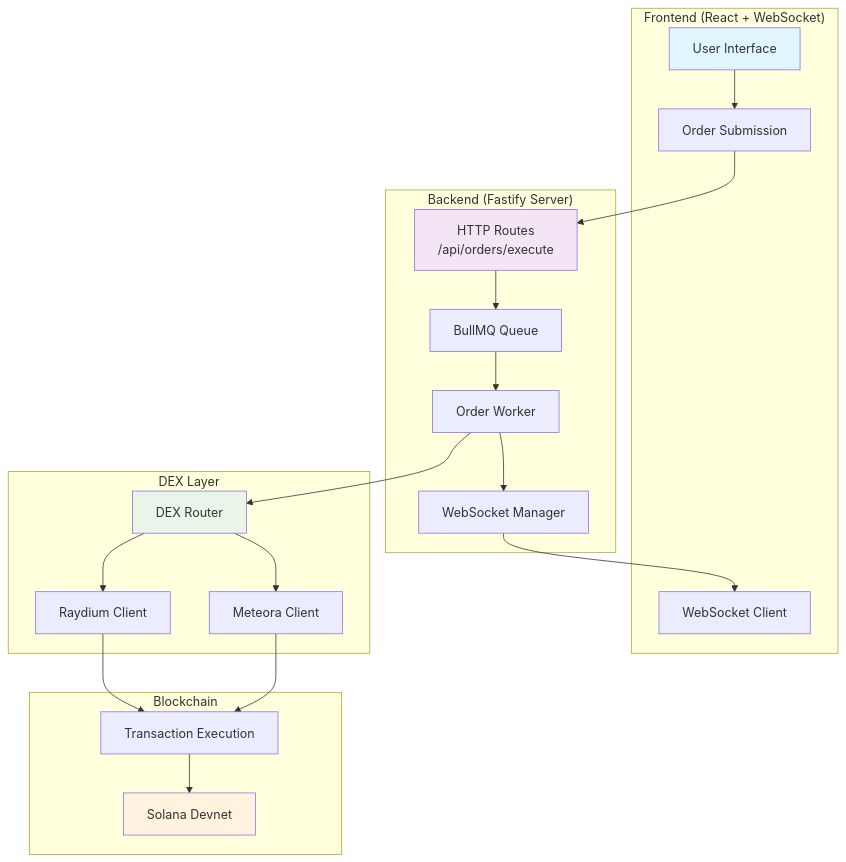
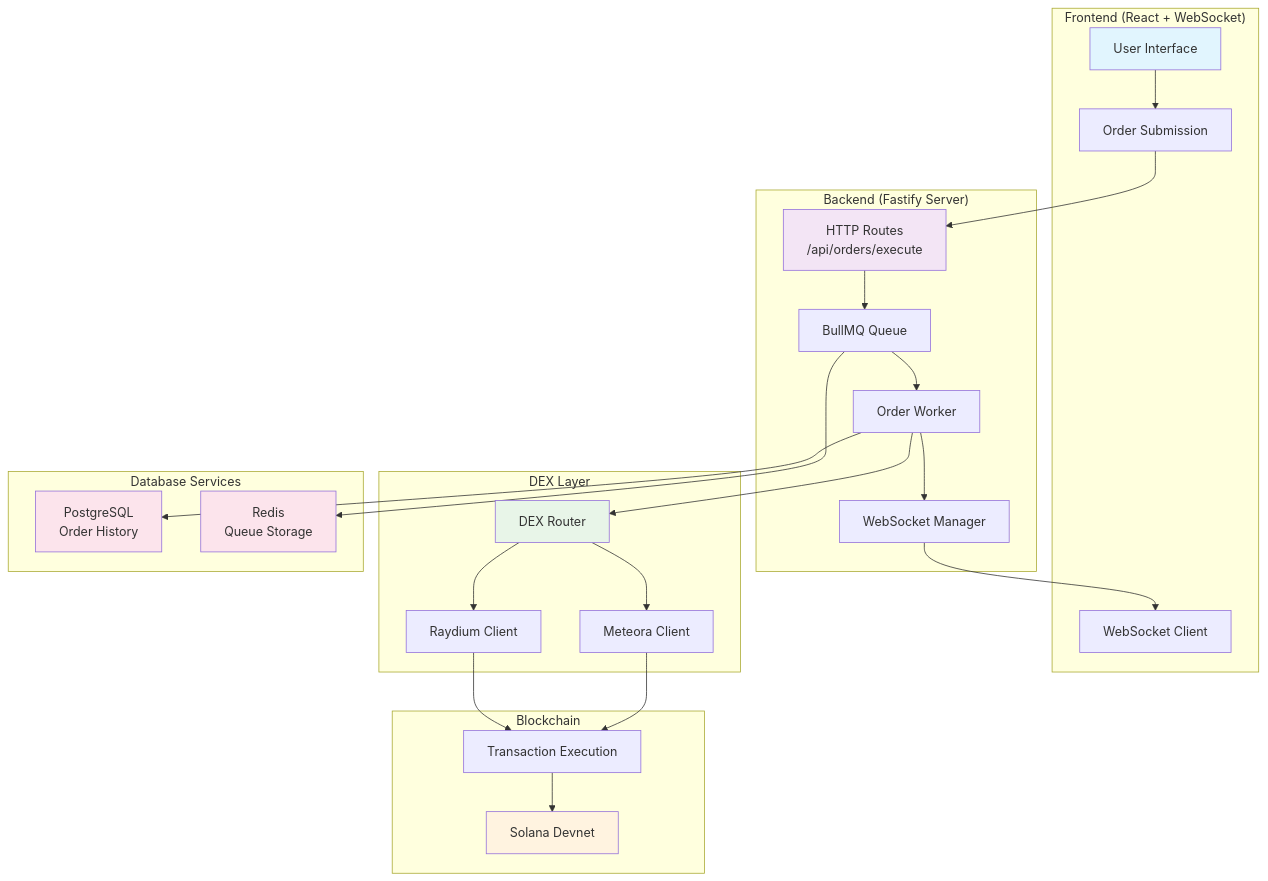
Before and after one commit to param2610-cloud/crypto-order-execution-engine: the diagram in architecture.mmd, drawn with Mermaid. The commit also changed 1 other file, not shown here.

Commit message:
feat: enhance architecture documentation with database services section

```diff
--- a/architecture.mmd
+++ b/architecture.mmd
@@ -1,42 +1,51 @@
 graph TB
     subgraph "Frontend (React + WebSocket)"
         A[User Interface]
         B[WebSocket Client]
         C[Order Submission]
     end
 
     subgraph "Backend (Fastify Server)"
         D[HTTP Routes<br/>/api/orders/execute]
         E[WebSocket Manager]
         F[BullMQ Queue]
         G[Order Worker]
     end
 
     subgraph "DEX Layer"
         H[DEX Router]
         I[Raydium Client]
         J[Meteora Client]
     end
 
     subgraph "Blockchain"
         K[Solana Devnet]
         L[Transaction Execution]
     end
 
+    subgraph "Database Services"
+        M[PostgreSQL<br/>Order History]
+        N[Redis<br/>Queue Storage]
+    end
+
     A --> C
     C --> D
     D --> F
     F --> G
     G --> H
     H --> I
     H --> J
     I --> L
     J --> L
     L --> K
     G --> E
     E --> B
+    G --> M
+    F --> N
 
     style A fill:#e1f5fe
     style D fill:#f3e5f5
     style H fill:#e8f5e8
     style K fill:#fff3e0
+    style M fill:#fce4ec
+    style N fill:#fce4ec
```
